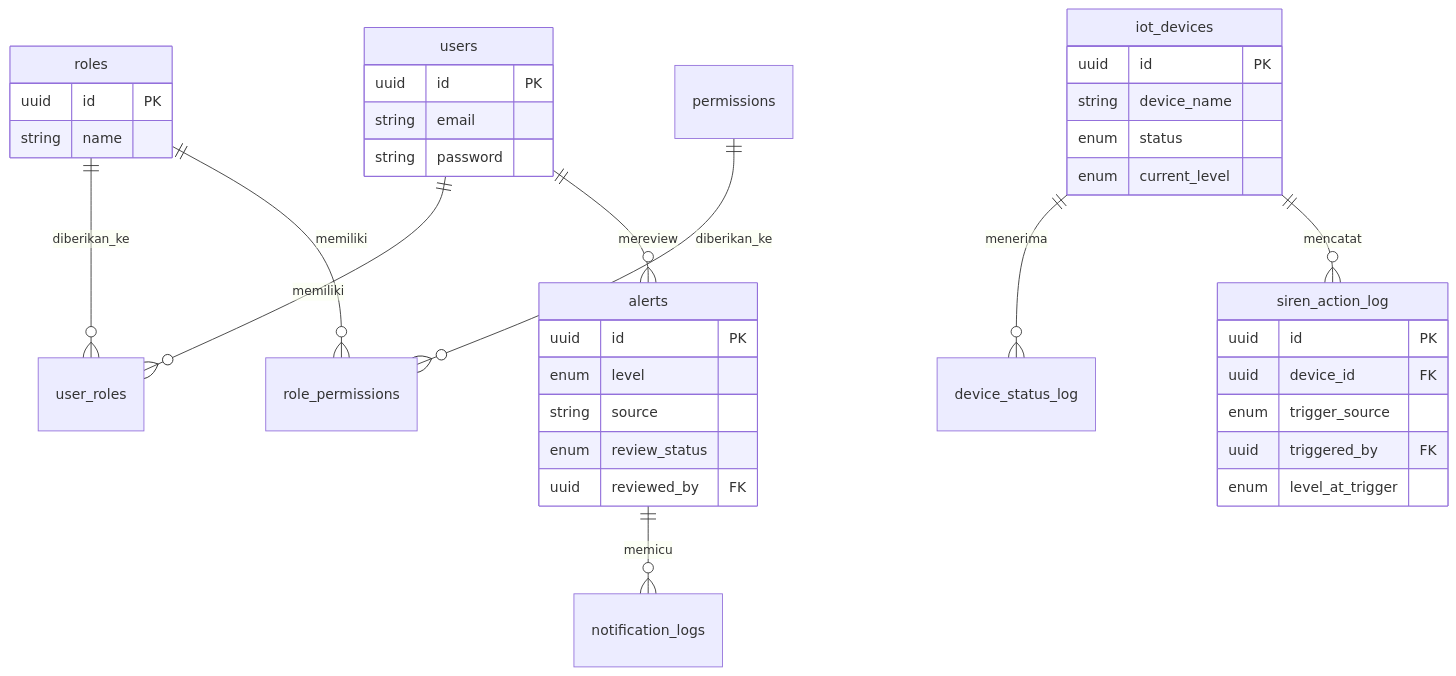
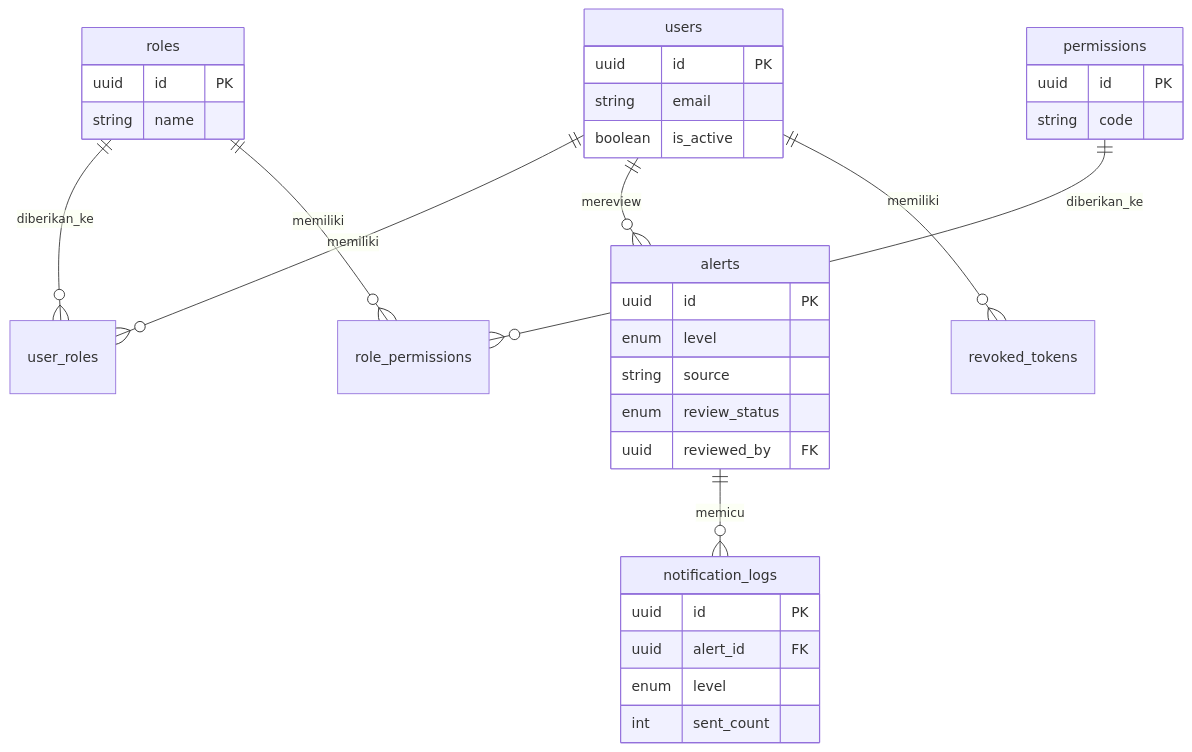
The diagram in docs/architecture/03_data_architecture.md (Vextronode/sigap_app), drawn with Mermaid before and after one commit. The commit also changed other lines of this file and 97 other files, not shown here.

````diff
--- a/docs/architecture/03_data_architecture.md
+++ b/docs/architecture/03_data_architecture.md
@@ -7,43 +7,37 @@
 ```mermaid
 erDiagram
     users ||--o{ user_roles : memiliki
     roles ||--o{ user_roles : diberikan_ke
     roles ||--o{ role_permissions : memiliki
     permissions ||--o{ role_permissions : diberikan_ke
     users ||--o{ alerts : mereview
-
-    iot_devices ||--o{ device_status_log : menerima
-    iot_devices ||--o{ siren_action_log : mencatat
-
+    users ||--o{ revoked_tokens : memiliki
     alerts ||--o{ notification_logs : memicu
 
     users {
         uuid id PK
         string email
-        string password
+        boolean is_active
     }
     roles {
         uuid id PK
         string name
     }
-    iot_devices {
+    permissions {
         uuid id PK
-        string device_name
-        enum status
-        enum current_level
-    }
-    siren_action_log {
-        uuid id PK
-        uuid device_id FK
-        enum trigger_source
-        uuid triggered_by FK
-        enum level_at_trigger
+        string code
     }
     alerts {
         uuid id PK
         enum level
         string source
         enum review_status
         uuid reviewed_by FK
     }
+    notification_logs {
+        uuid id PK
+        uuid alert_id FK
+        enum level
+        int sent_count
+    }
 ```
````
